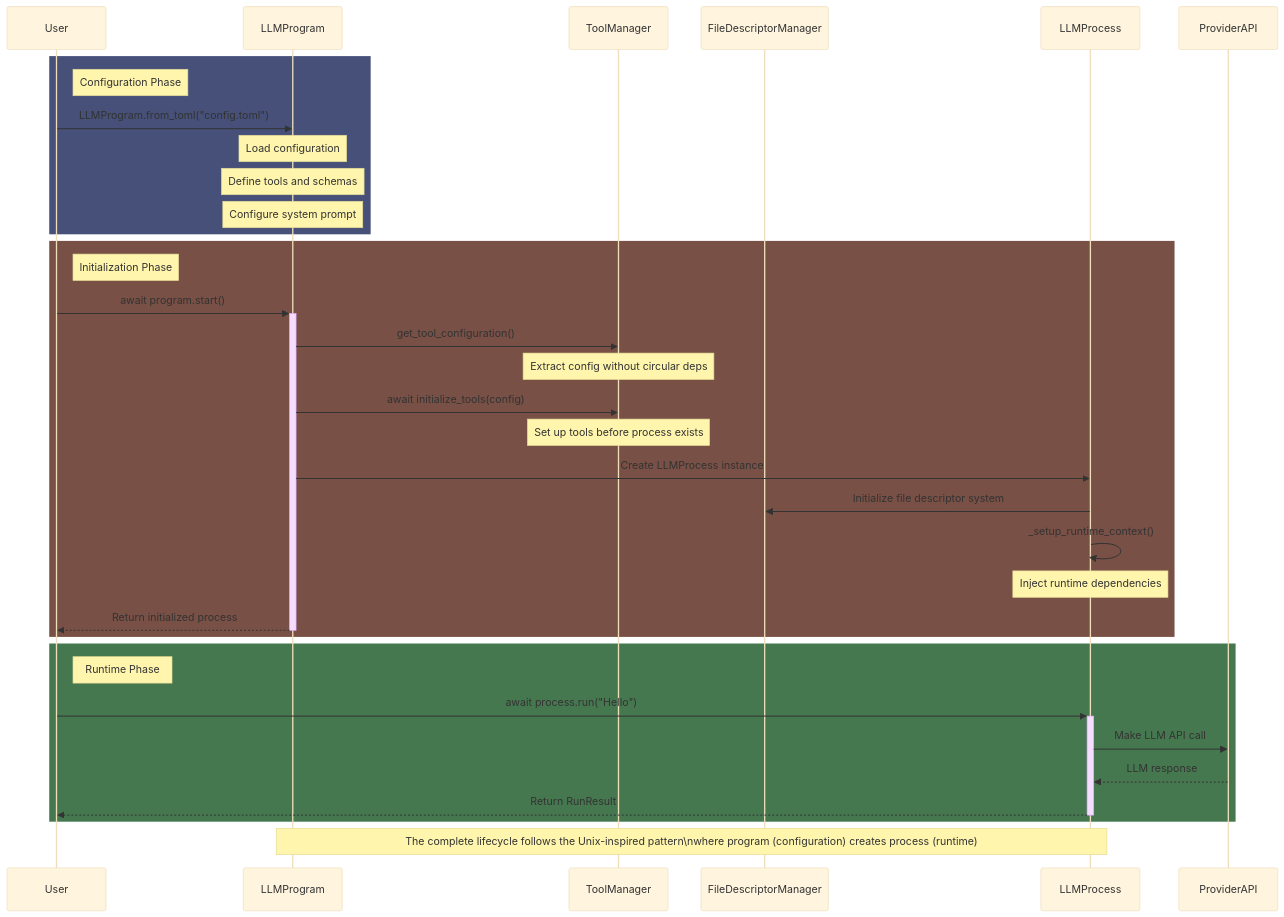
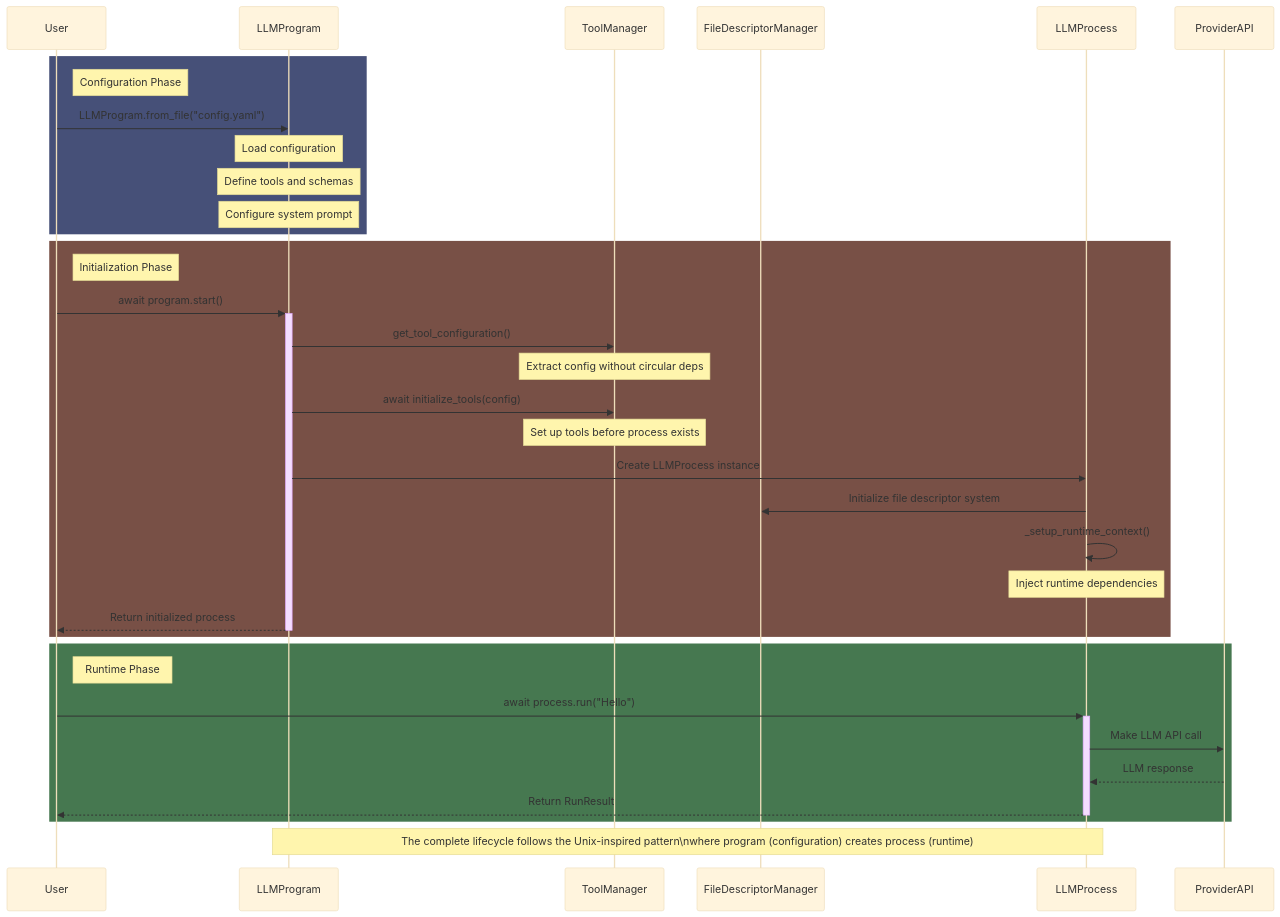
One commit to changjonathanc/llmproc changed the first of 3 diagrams in docs/api/classes.md. Above: the diagram before and after it, drawn with Mermaid (base theme). The commit also changed other lines of this file and 280 other files, not shown here.

````diff
--- a/docs/api/classes.md
+++ b/docs/api/classes.md
@@ -9,49 +9,49 @@
 ```mermaid
 sequenceDiagram
     participant User
     participant Program as LLMProgram
     participant Tool as ToolManager
     participant FD as FileDescriptorManager
     participant Process as LLMProcess
     participant API as ProviderAPI
 
     %% Configuration Phase
     rect rgb(70, 80, 120)
         Note right of User: Configuration Phase
-        User->>Program: LLMProgram.from_toml("config.toml")
+        User->>Program: LLMProgram.from_file("config.yaml")
         Note over Program: Load configuration
         Note over Program: Define tools and schemas
-        Note over Program: Configure system prompt 
+        Note over Program: Configure system prompt
     end
 
     %% Initialization Phase
     rect rgb(120, 80, 70)
         Note right of User: Initialization Phase
         User->>+Program: await program.start()
-        
+
         Program->>Tool: get_tool_configuration()
         Note over Tool: Extract config without circular deps
-        
+
         Program->>Tool: await initialize_tools(config)
         Note over Tool: Set up tools before process exists
-        
+
         Program->>Process: Create LLMProcess instance
-        
+
         Process->>FD: Initialize file descriptor system
         Process->>Process: _setup_runtime_context()
         Note over Process: Inject runtime dependencies
-        
+
         Program-->>-User: Return initialized process
     end
 
     %% Runtime Phase
     rect rgb(70, 120, 80)
         Note right of User: Runtime Phase
         User->>+Process: await process.run("Hello")
         Process->>API: Make LLM API call
         API-->>Process: LLM response
         Process-->>-User: Return RunResult
     end
 
     Note over Program,Process: The complete lifecycle follows the Unix-inspired pattern\nwhere program (configuration) creates process (runtime)
 ```
````
